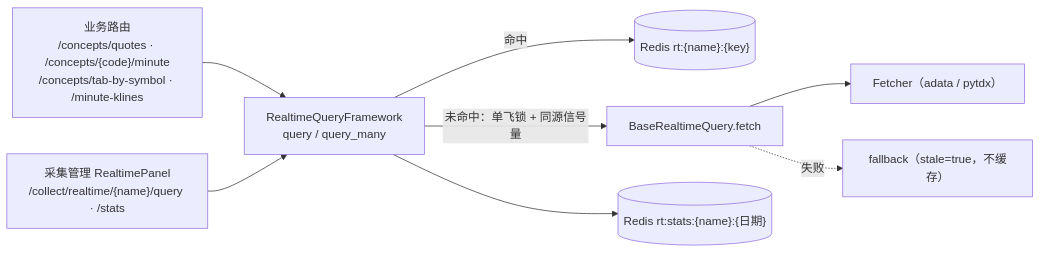
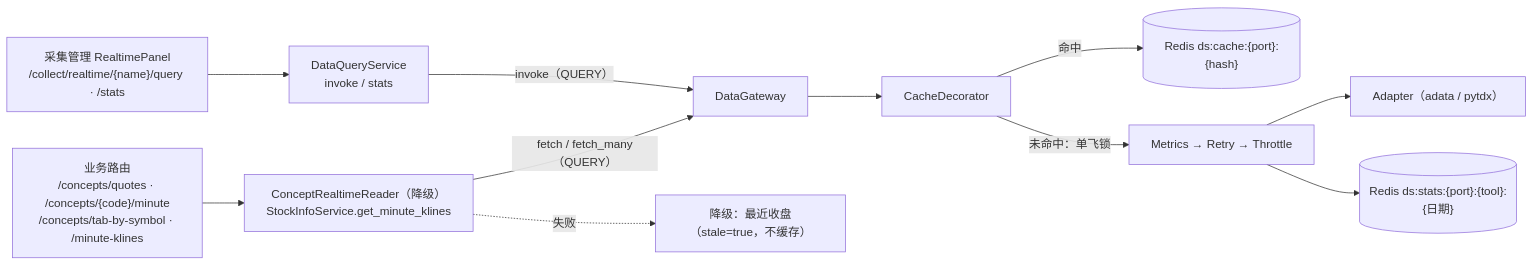
One commit to 1294117457/Attribution_Analysis changed the second of 2 diagrams in docs/backend-docs/overview/collectmanage摘要.md. Above: the diagram before and after it, drawn with Mermaid. The commit also changed other lines of this file and 138 other files, not shown here.

````diff
--- a/docs/backend-docs/overview/collectmanage摘要.md
+++ b/docs/backend-docs/overview/collectmanage摘要.md
@@ -104,10 +111,13 @@
 ```mermaid
 flowchart LR
-    BIZ["业务路由<br/>/concepts/quotes · /concepts/{code}/minute<br/>/concepts/tab-by-symbol · /minute-klines"] --> RT
-    CM["采集管理 RealtimePanel<br/>/collect/realtime/{name}/query · /stats"] --> RT
-    RT["RealtimeQueryFramework<br/>query / query_many"] -->|命中| C[("Redis rt:{name}:{key}")]
-    RT -->|未命中：单飞锁 + 同源信号量| Q["BaseRealtimeQuery.fetch"]
-    Q --> F["Fetcher（adata / pytdx）"]
-    Q -. 失败 .-> FB["fallback（stale=true，不缓存）"]
-    RT --> ST[("Redis rt:stats:{name}:{日期}")]
+    BIZ["业务路由<br/>/concepts/quotes · /concepts/{code}/minute<br/>/concepts/tab-by-symbol · /minute-klines"] --> APP["ConceptRealtimeReader（降级）<br/>StockInfoService.get_minute_klines"]
+    CM["采集管理 RealtimePanel<br/>/collect/realtime/{name}/query · /stats"] --> DQ["DataQueryService<br/>invoke / stats"]
+    APP -->|"fetch / fetch_many（QUERY）"| GW["DataGateway"]
+    DQ -->|"invoke（QUERY）"| GW
+    GW --> CA["CacheDecorator"]
+    CA -->|命中| C[("Redis ds:cache:{port}:{hash}")]
+    CA -->|未命中：单飞锁| D["Metrics → Retry → Throttle"]
+    D --> A["Adapter（adata / pytdx）"]
+    APP -. 失败 .-> FB["降级：最近收盘（stale=true，不缓存）"]
+    D --> ST[("Redis ds:stats:{port}:{tool}:{日期}")]
 ```
````
